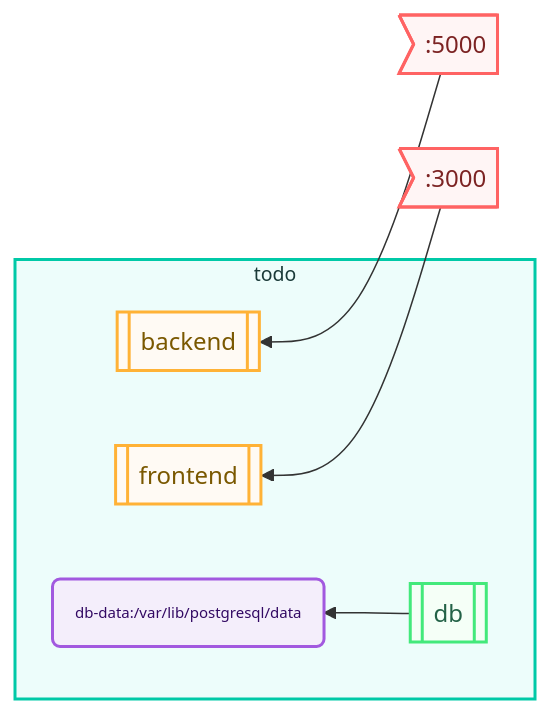
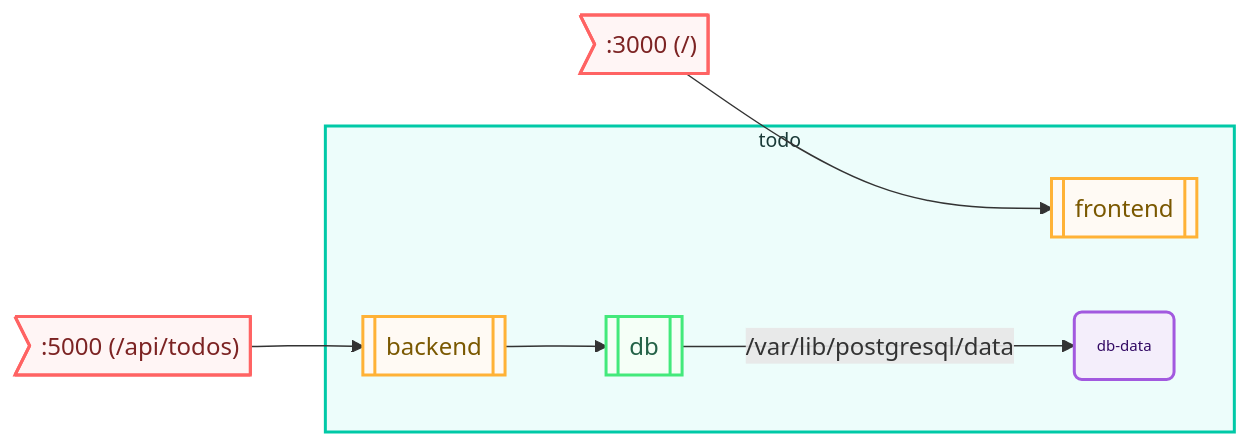
Before and after one commit to bozemanpass/example-todo-list: the diagram in README.md, drawn with Mermaid.

Commit message:
Update the mermaid chart

````diff
--- a/README.md
+++ b/README.md
@@ -46,22 +46,21 @@
 ```mermaid
-flowchart RL
-  todo-backend-http>:5000]:::http_target
-  todo-frontend-http>:3000]:::http_target
+flowchart LR
+  todo-backend-http>":5000 (/api/todos)"]:::http_target
+  todo-frontend-http>":3000 (/)"]:::http_target
   todo-backend-http --> todo-backend
   todo-frontend-http --> todo-frontend
   subgraph todo [todo]
     todo-backend[[backend]]:::http_service
     todo-frontend[[frontend]]:::http_service
     todo-db[[db]]:::service
-    todo-db-volume-db-data:/var/lib/postgresql/data(db-data:/var/lib/postgresql/data):::volume
-    todo-db --> todo-db-volume-db-data:/var/lib/postgresql/data
+    todo-db-volume-db-data(db-data):::volume
+    todo-db --> |/var/lib/postgresql/data|todo-db-volume-db-data
+    todo-backend --> todo-db
   end
-  classDef super_stack stroke:#FFF176,fill:#FFFEEF,color:#6B5E13,stroke-width:2px,font-size:small;
   classDef stack stroke:#00C9A7,fill:#EDFDFB,color:#1A3A38,stroke-width:2px,font-size:small;
   classDef service stroke:#43E97B,fill:#F5FFF7,color:#236247,stroke-width:2px;
   classDef http_service stroke:#FFB236,fill:#FFFAF4,color:#7A5800,stroke-width:2px;
   classDef http_target stroke:#FF6363,fill:#FFF5F5,color:#7C2323,stroke-width:2px;
-  classDef port stroke:#26C6DA,fill:#E6FAFB,color:#074953,stroke-width:2px,font-size:x-small;
   classDef volume stroke:#A259DF,fill:#F4EEFB,color:#320963,stroke-width:2px,font-size:x-small;
   class todo stack;
 ```
````
